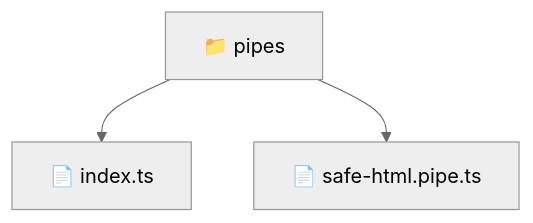
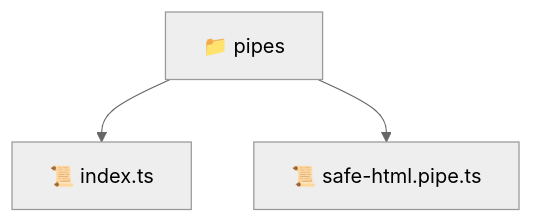
One commit to beginwebdev2002/fullstack-mavluda changed the diagram in frontend/src/shared/pipes/README.md. Above: the diagram before and after it, drawn with Mermaid (neutral theme). The commit also changed other lines of this file and 163 other files, not shown here.

````diff
--- a/frontend/src/shared/pipes/README.md
+++ b/frontend/src/shared/pipes/README.md
@@ -11,6 +11,6 @@
 ```mermaid
 graph TD
-  Root["📁 pipes"]
-  Root --> index_ts["📄 index.ts"]
-  Root --> safe_html_pipe_ts["📄 safe-html.pipe.ts"]
+  pipes["📁 pipes"]
+  pipes --> index_ts["📜 index.ts"]
+  pipes --> safe_html_pipe_ts["📜 safe-html.pipe.ts"]
 ```
````
